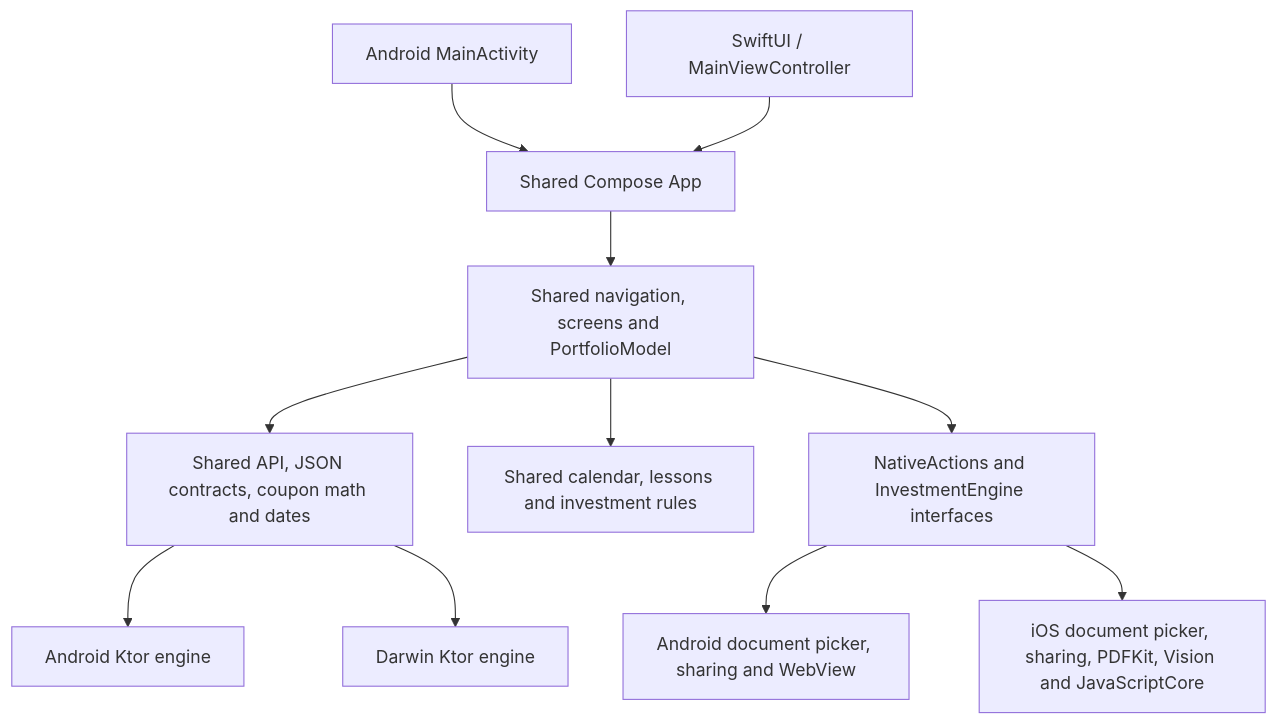
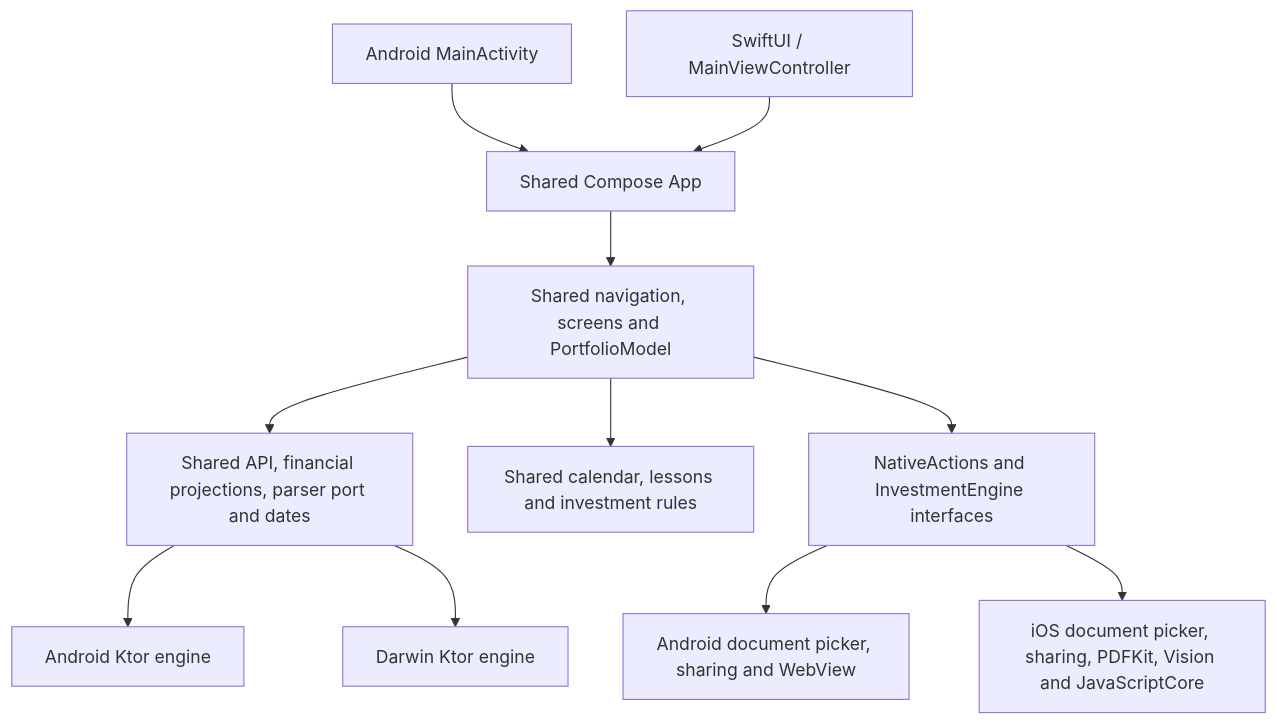
The diagram in docs/ARCHITECTURE.md (OresteGabo/portfolio), drawn with Mermaid before and after one commit. The commit also changed other lines of this file and 75 other files, not shown here.

````diff
--- a/docs/ARCHITECTURE.md
+++ b/docs/ARCHITECTURE.md
@@ -5,13 +7,13 @@
 ```mermaid
 flowchart TD
     Android[Android MainActivity] --> App[Shared Compose App]
     iOS[SwiftUI / MainViewController] --> App
     App --> Presentation[Shared navigation, screens and PortfolioModel]
-    Presentation --> Core[Shared API, JSON contracts, coupon math and dates]
+    Presentation --> Core[Shared API, financial projections, parser port and dates]
     Presentation --> Resources[Shared calendar, lessons and investment rules]
     Presentation --> Ports[NativeActions and InvestmentEngine interfaces]
     Core --> AndroidHTTP[Android Ktor engine]
     Core --> DarwinHTTP[Darwin Ktor engine]
     Ports --> AndroidNative[Android document picker, sharing and WebView]
     Ports --> AppleNative[iOS document picker, sharing, PDFKit, Vision and JavaScriptCore]
 ```
````
